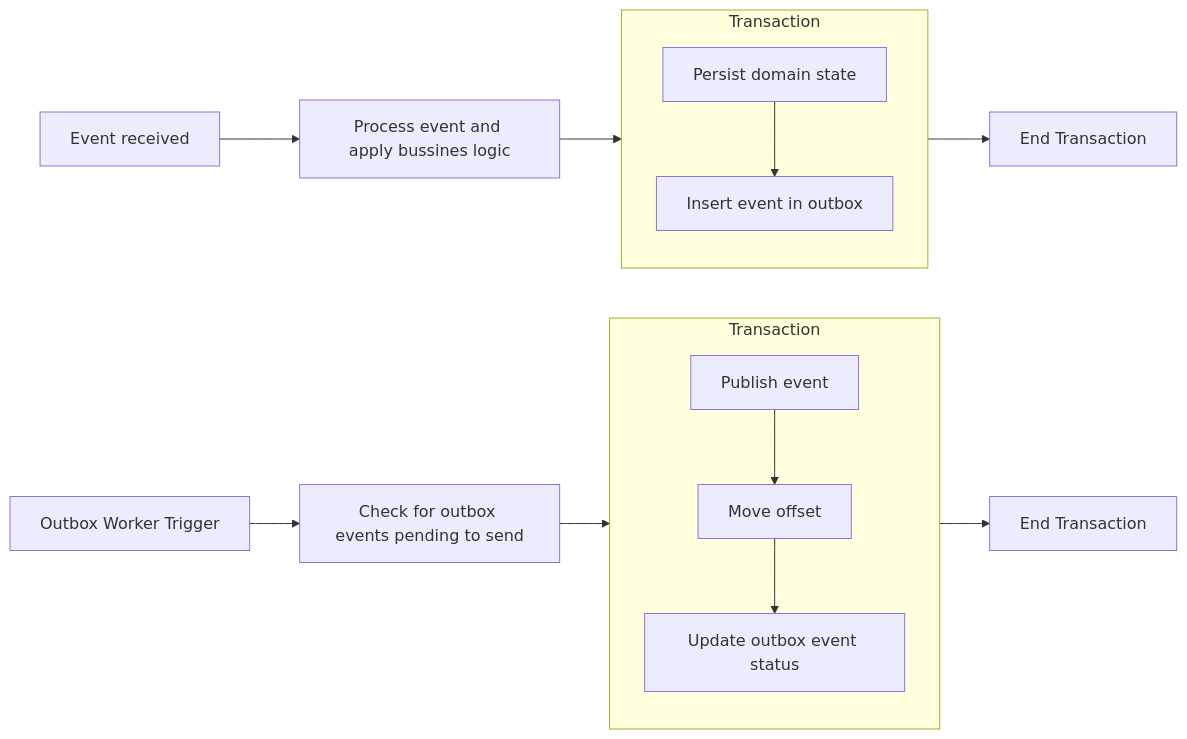
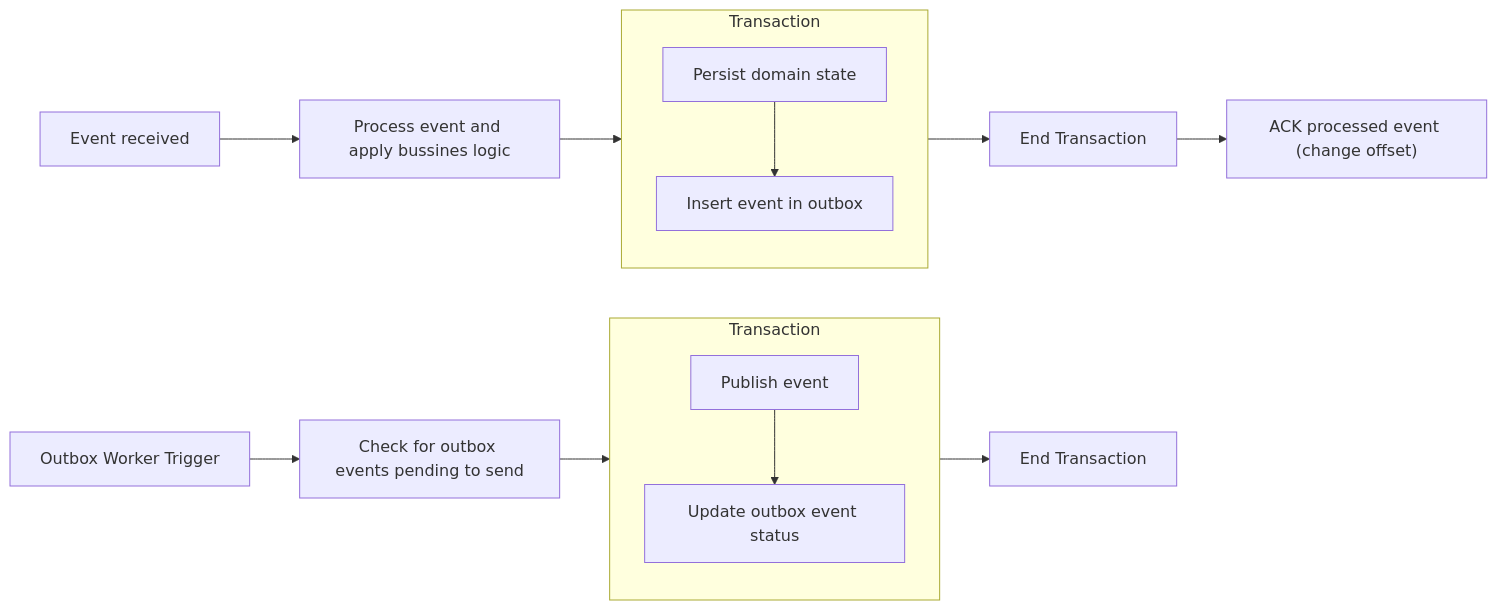
One commit to gdomenech98/blog changed the second of 3 diagrams in pages/software_design/distributed-systems/index.mdx. Above: the diagram before and after it, drawn with Mermaid. The commit also changed other lines of this file, not shown here.

````diff
--- a/pages/software_design/distributed-systems/index.mdx
+++ b/pages/software_design/distributed-systems/index.mdx
@@ -299,19 +302,19 @@
 ```mermaid
 flowchart LR
     A[Event received] --> B[Process event and apply bussines logic]
 
     subgraph TX[Transaction]
         C1[Persist domain state] --> C2[Insert event in outbox]
     end
 
     B --> TX
     TX --> C[End Transaction]
+    C --> D["ACK processed event (change offset)"]
 
     Z[Outbox Worker Trigger] --> Y[Check for outbox events pending to send]
     Y --> WRKR
     subgraph WRKR[Transaction]
-        D1["Publish event"] --> D2["Move offset"]
-        D2 --> D3["Update outbox event status"]
+        D1["Publish event"] --> D2["Update outbox event status"]
     end
     WRKR --> X["End Transaction"]
 ```
````
